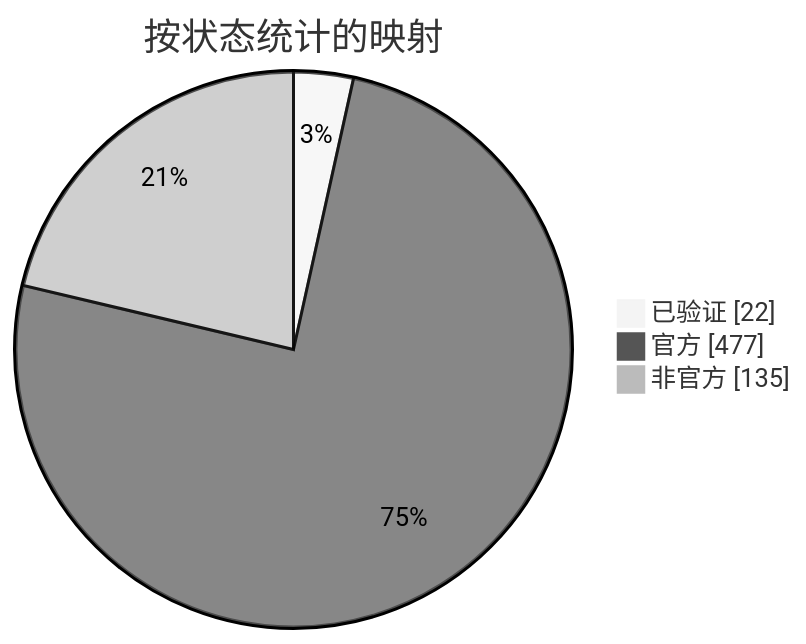
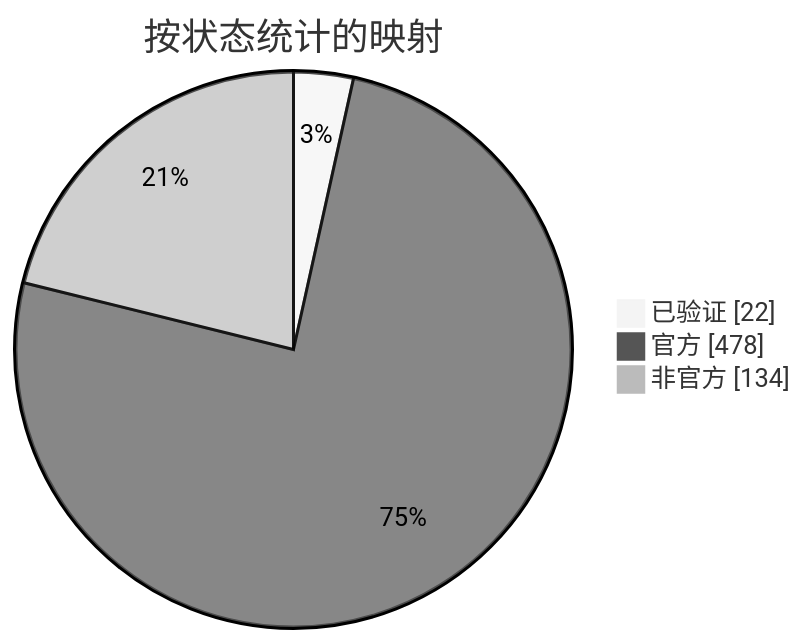
One commit to nobrega8/mbmap-library changed the diagram in docs/readme/README_ZHS.md. Above: the diagram before and after it, drawn with Mermaid (neutral theme). The commit also changed 6 other files, not shown here.

````diff
--- a/docs/readme/README_ZHS.md
+++ b/docs/readme/README_ZHS.md
@@ -54,7 +54,7 @@
 ```mermaid
 pie showData
     title 按状态统计的映射
     "已验证" : 22
-    "官方" : 477
-    "非官方" : 135
+    "官方" : 478
+    "非官方" : 134
 ```
````
